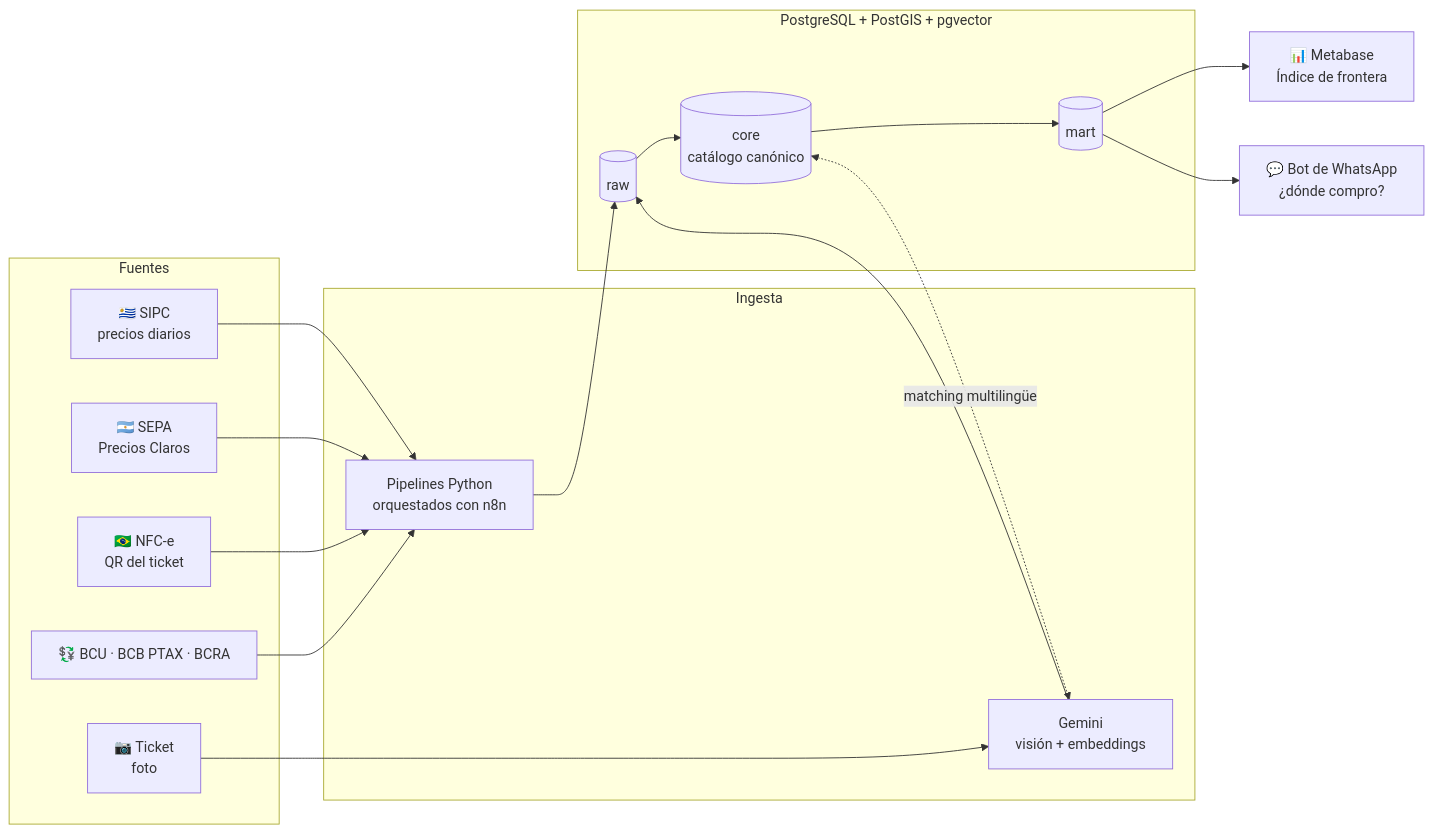
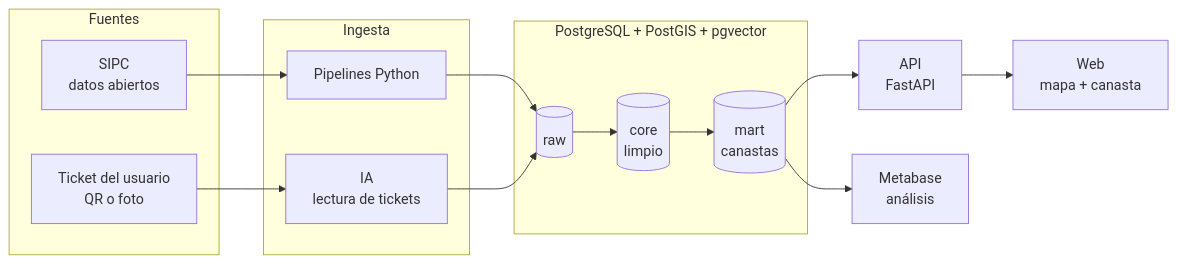
One commit to kenymtz/canasta-uy changed the diagram in README.md. Above: the diagram before and after it, drawn with Mermaid. The commit also changed other lines of this file and 5 other files, not shown here.

First line of the commit message:
Nuevo objetivo: web de compras al menor costo en Uruguay (Canasta UY)

````diff
--- a/README.md
+++ b/README.md
@@ -36,26 +27,22 @@
 ```mermaid
 flowchart LR
     subgraph Fuentes
-        SIPC["🇺🇾 SIPC<br/>precios diarios"]
-        SEPA["🇦🇷 SEPA<br/>Precios Claros"]
-        NFCE["🇧🇷 NFC-e<br/>QR del ticket"]
-        FOTO["📷 Ticket<br/>foto"]
-        FX["💱 BCU · BCB PTAX · BCRA"]
+        SIPC["SIPC<br/>datos abiertos"]
+        TICKET["Ticket del usuario<br/>QR o foto"]
     end
 
     subgraph Ingesta
-        ETL["Pipelines Python<br/>orquestados con n8n"]
-        IA["Gemini<br/>visión + embeddings"]
+        ETL["Pipelines Python"]
+        IA["IA<br/>lectura de tickets"]
     end
 
     subgraph PG["PostgreSQL + PostGIS + pgvector"]
-        RAW[(raw)] --> CORE[(core<br/>catálogo canónico)] --> MART[(mart)]
+        RAW[(raw)] --> CORE[(core<br/>limpio)] --> MART[(mart<br/>canastas)]
     end
 
-    SIPC & SEPA & NFCE & FX --> ETL --> RAW
-    FOTO --> IA --> RAW
-    CORE <-. matching multilingüe .-> IA
+    SIPC --> ETL --> RAW
+    TICKET --> IA --> RAW
 
-    MART --> MB["📊 Metabase<br/>Índice de frontera"]
-    MART --> BOT["💬 Bot de WhatsApp<br/>¿dónde compro?"]
+    MART --> API["API<br/>FastAPI"] --> WEB["Web<br/>mapa + canasta"]
+    MART --> MB["Metabase<br/>análisis"]
 ```
````
